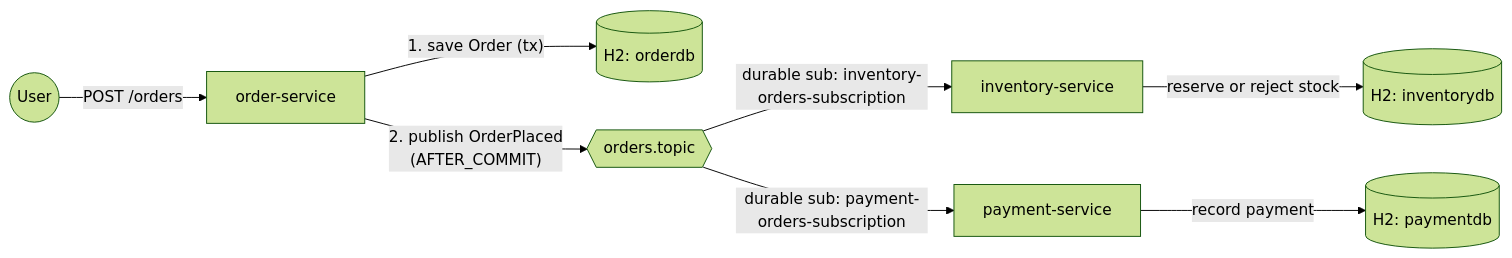
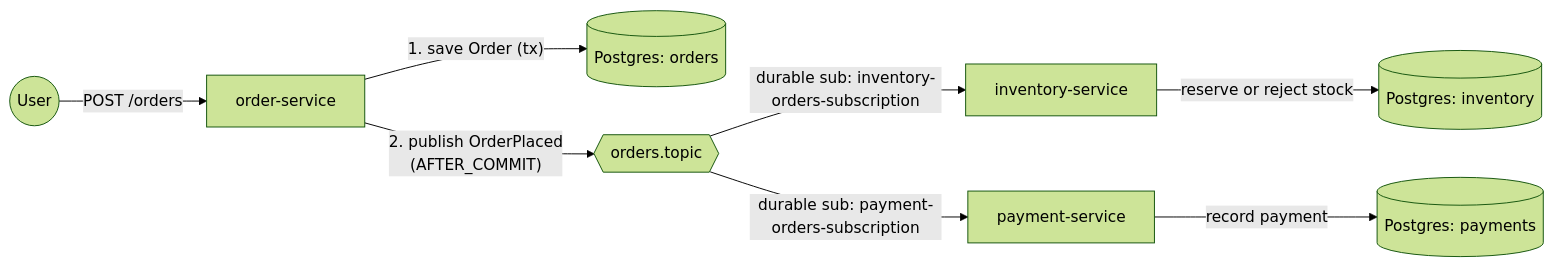
The diagram in README.md (natsaros7/orderplacementwithqueue), drawn with Mermaid (forest theme) before and after one commit. The commit also changed other lines of this file and 26 other files, not shown here.

First line of the commit message:
build(postgres): add PostgreSQL + Flyway, database per service (#12)

````diff
--- a/README.md
+++ b/README.md
@@ -22,10 +22,10 @@
 ```mermaid
 flowchart LR
     User((User)) -->|"POST /orders"| OrderService[order-service]
-    OrderService -->|"1. save Order (tx)"| OrderDB[(H2: orderdb)]
+    OrderService -->|"1. save Order (tx)"| OrderDB[(Postgres: orders)]
     OrderService -->|"2. publish OrderPlaced<br/>(AFTER_COMMIT)"| Topic{{orders.topic}}
     Topic -->|durable sub: inventory-orders-subscription| InventoryService[inventory-service]
     Topic -->|durable sub: payment-orders-subscription| PaymentService[payment-service]
-    InventoryService -->|reserve or reject stock| InventoryDB[(H2: inventorydb)]
-    PaymentService -->|record payment| PaymentDB[(H2: paymentdb)]
+    InventoryService -->|reserve or reject stock| InventoryDB[(Postgres: inventory)]
+    PaymentService -->|record payment| PaymentDB[(Postgres: payments)]
 ```
````
